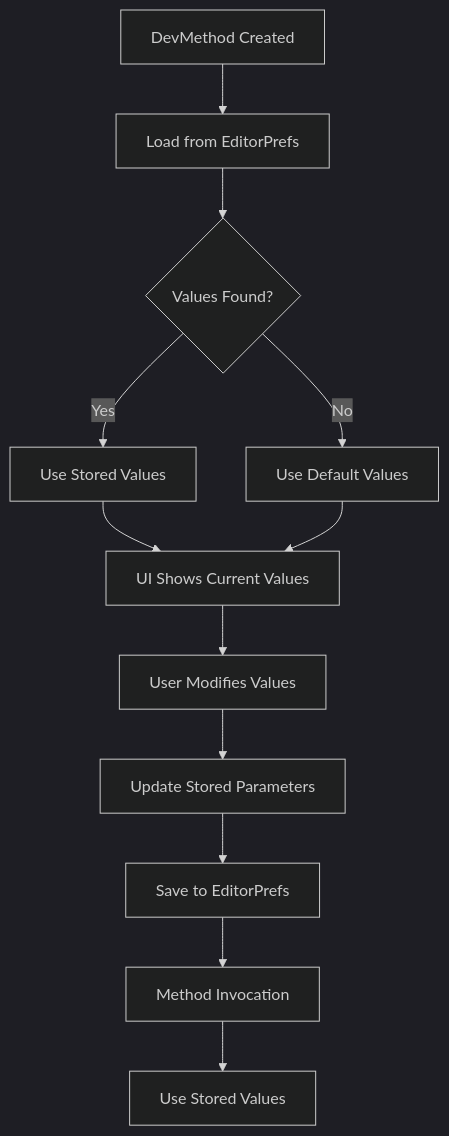
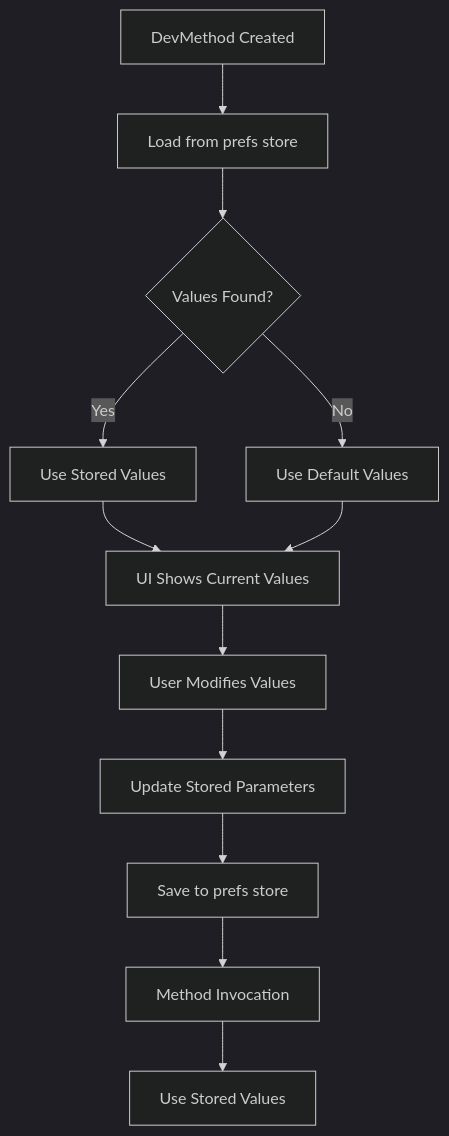
The diagram in com.routaz.devmenu/README.md (routaz/DevMenuTool), drawn with Mermaid (dark theme) before and after one commit. The commit also changed other lines of this file and 21 other files, not shown here.

````diff
--- a/com.routaz.devmenu/README.md
+++ b/com.routaz.devmenu/README.md
@@ -66,14 +87,14 @@
 ```mermaid
 graph TD
-    A[DevMethod Created] --> B[Load from EditorPrefs]
+    A[DevMethod Created] --> B[Load from prefs store]
     B --> C{Values Found?}
     C -->|Yes| D[Use Stored Values]
     C -->|No| E[Use Default Values]
     D --> F[UI Shows Current Values]
     E --> F
     F --> G[User Modifies Values]
     G --> H[Update Stored Parameters]
-    H --> I[Save to EditorPrefs]
+    H --> I[Save to prefs store]
     I --> J[Method Invocation]
     J --> K[Use Stored Values]
 ```
````
